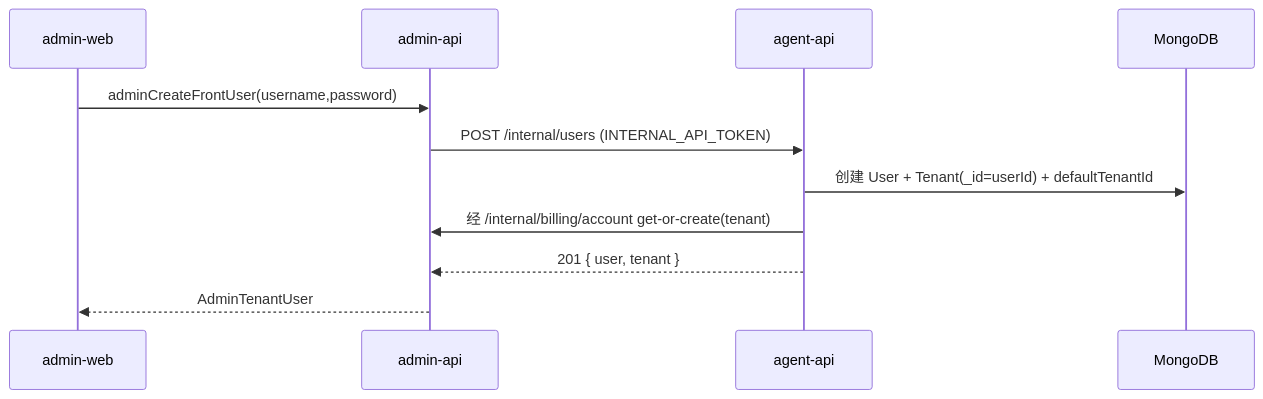
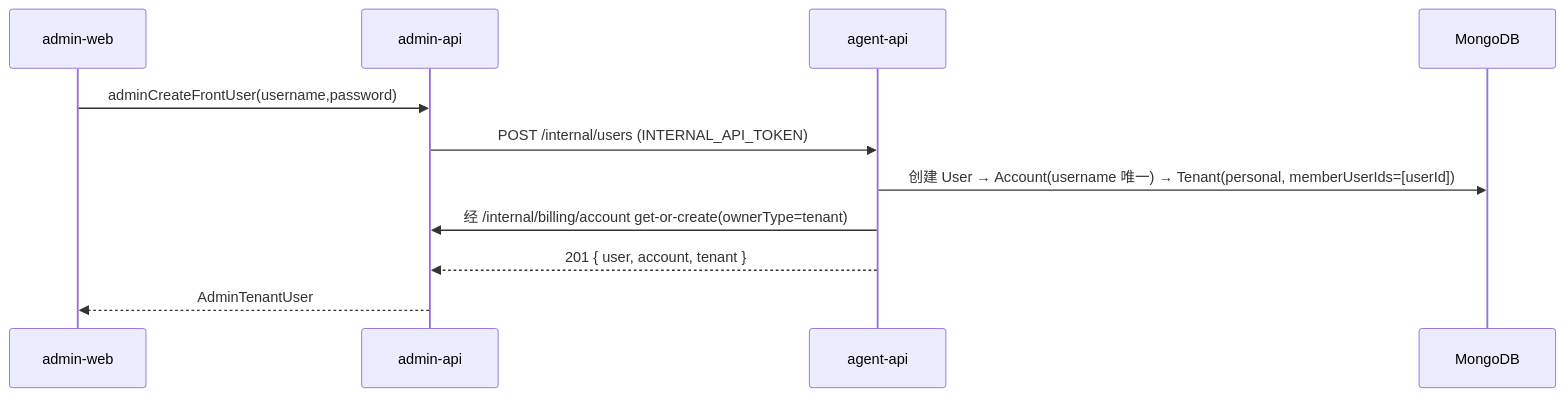
One commit to Deliay/z-agent-gear changed the fifth of 6 diagrams in docs/engineering/proposals/20261027-feat-multi-tenant-phase1.md. Above: the diagram before and after it, drawn with Mermaid. The commit also changed other lines of this file and 3 other files, not shown here.

````diff
--- a/docs/engineering/proposals/20261027-feat-multi-tenant-phase1.md
+++ b/docs/engineering/proposals/20261027-feat-multi-tenant-phase1.md
@@ -284,13 +351,13 @@
 ```mermaid
 sequenceDiagram
     participant AD as admin-web
     participant AA as admin-api
     participant AG as agent-api
     participant D as MongoDB
     AD->>AA: adminCreateFrontUser(username,password)
     AA->>AG: POST /internal/users (INTERNAL_API_TOKEN)
-    AG->>D: 创建 User + Tenant(_id=userId) + defaultTenantId
-    AG->>AA: 经 /internal/billing/account get-or-create(tenant)
-    AG-->>AA: 201 { user, tenant }
+    AG->>D: 创建 User → Account(username 唯一) → Tenant(personal, memberUserIds=[userId])
+    AG->>AA: 经 /internal/billing/account get-or-create(ownerType=tenant)
+    AG-->>AA: 201 { user, account, tenant }
     AA-->>AD: AdminTenantUser
 ```
````
